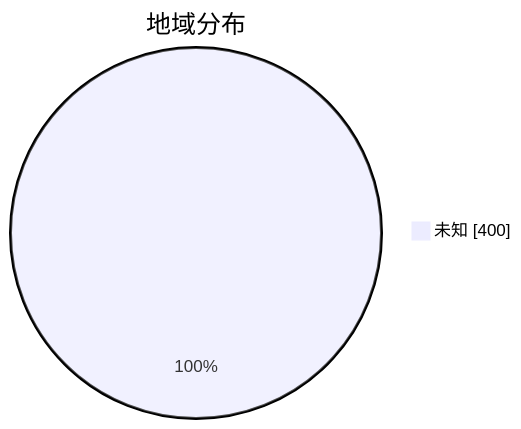
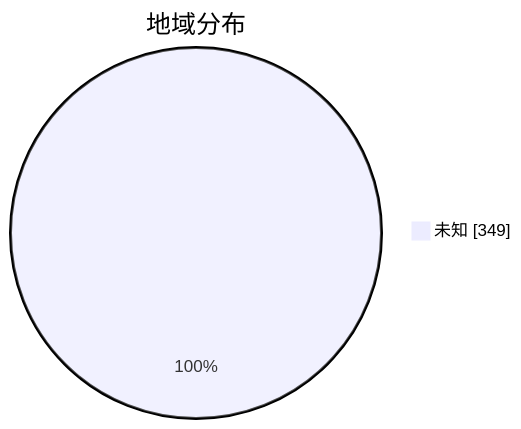
The second of 3 diagrams in subs/statistics/tested_within.md (qjlxg/airport), drawn with Mermaid before and after one commit. The commit also changed other lines of this file and 2 other files, not shown here.

````diff
--- a/subs/statistics/tested_within.md
+++ b/subs/statistics/tested_within.md
@@ -13,5 +12,5 @@
 ```mermaid
 pie showData
 title 地域分布
-"未知" : 400
+"未知" : 349
 ```
````
